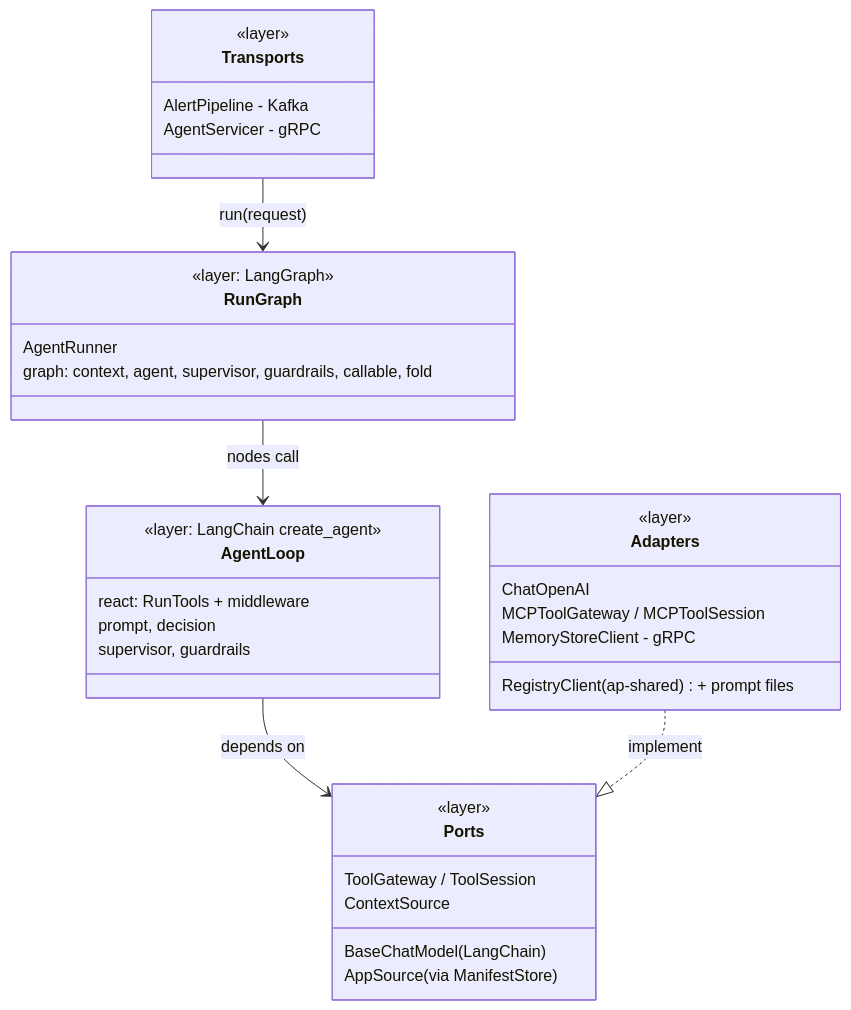
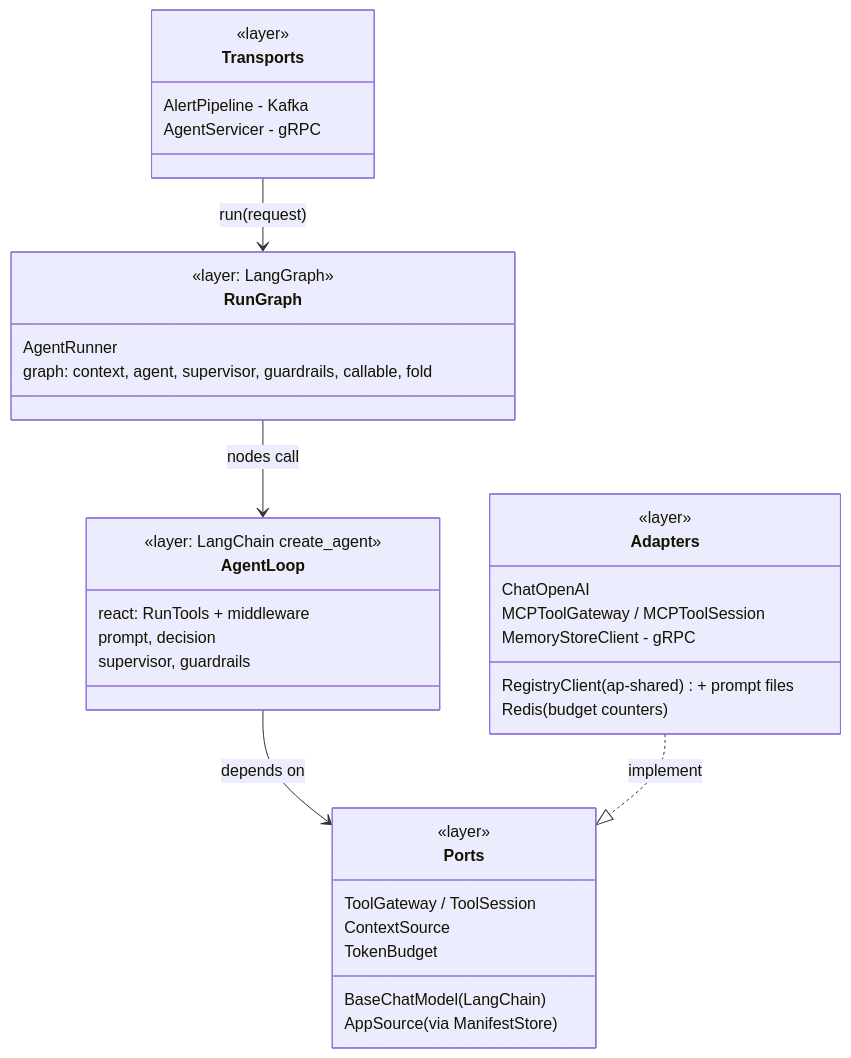
Before and after one commit to SrikanthArgp/agentic-platform: the first of 3 diagrams in backend/services/orchestrator/CLASS_DIAGRAM.md, drawn with Mermaid. The commit also changed other lines of this file and 19 other files, not shown here.

````diff
--- a/backend/services/orchestrator/CLASS_DIAGRAM.md
+++ b/backend/services/orchestrator/CLASS_DIAGRAM.md
@@ -25,38 +28,40 @@
 ```mermaid
 classDiagram
     direction TB
     class Transports {
         <<layer>>
         AlertPipeline - Kafka
         AgentServicer - gRPC
     }
     class RunGraph {
         <<layer: LangGraph>>
         AgentRunner
         graph: context, agent, supervisor, guardrails, callable, fold
     }
     class AgentLoop {
         <<layer: LangChain create_agent>>
         react: RunTools + middleware
         prompt, decision
         supervisor, guardrails
     }
     class Ports {
         <<layer>>
         BaseChatModel (LangChain)
         ToolGateway / ToolSession
         ContextSource
         AppSource (via ManifestStore)
+        TokenBudget
     }
     class Adapters {
         <<layer>>
         ChatOpenAI
         MCPToolGateway / MCPToolSession
         MemoryStoreClient - gRPC
         RegistryClient (ap-shared) + prompt files
+        Redis (budget counters)
     }
     Transports --> RunGraph : run(request)
     RunGraph --> AgentLoop : nodes call
     AgentLoop --> Ports : depends on
     Adapters ..|> Ports : implement
 ```
````
